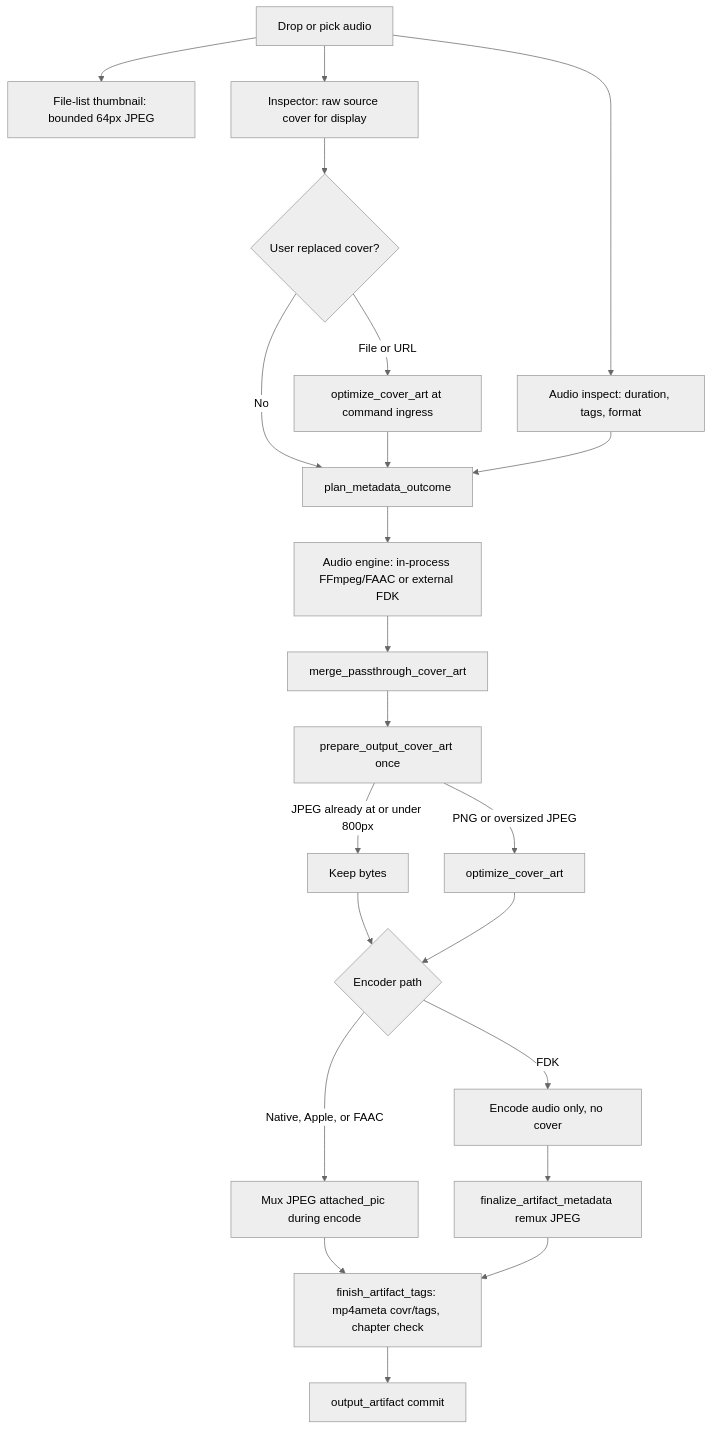
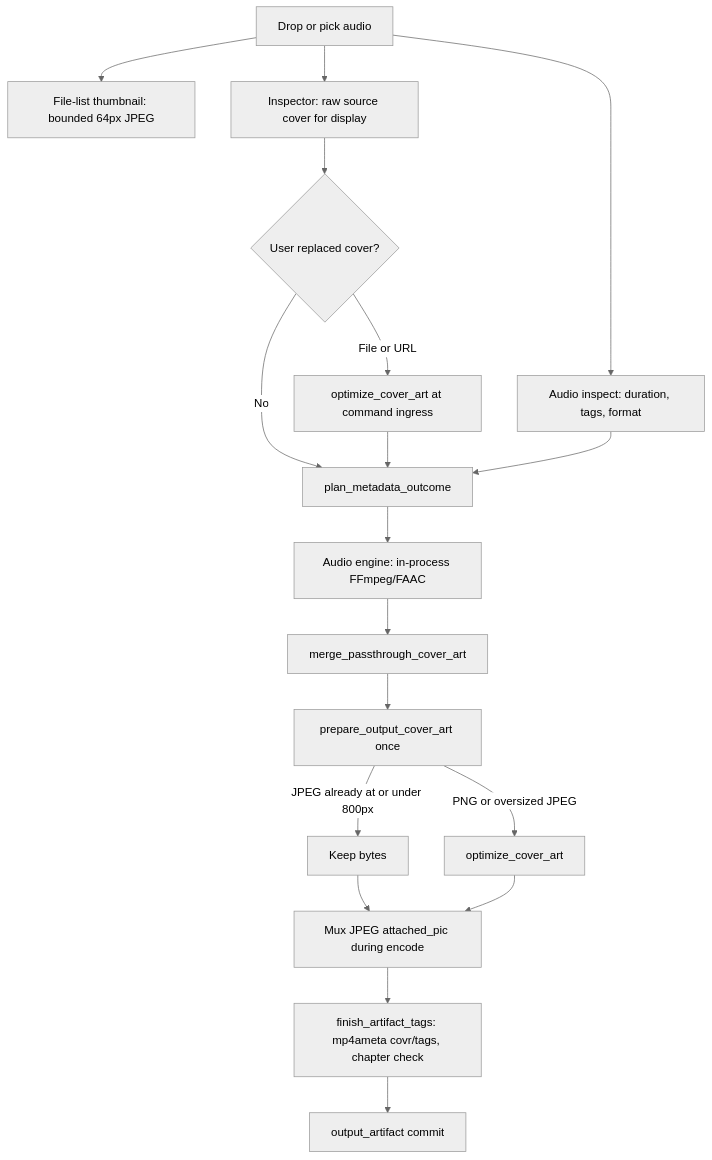
One commit to Allmight97/audiobook-boss changed the diagram in docs/cover-art-processing.md. Above: the diagram before and after it, drawn with Mermaid (neutral theme). The commit also changed 109 other files, not shown here.

First line of the commit message:
Remove the external FDK AAC encoder

````diff
--- a/docs/cover-art-processing.md
+++ b/docs/cover-art-processing.md
@@ -35,24 +35,20 @@
 ```mermaid
 flowchart TD
   drop[Drop or pick audio] --> inspect[Audio inspect: duration, tags, format]
   drop --> listThumb[File-list thumbnail: bounded 64px JPEG]
   drop --> hydrate[Inspector: raw source cover for display]
   hydrate --> intent{User replaced cover?}
   intent -->|File or URL| loadOpt[optimize_cover_art at command ingress]
   intent -->|No| plan[plan_metadata_outcome]
   loadOpt --> plan
   inspect --> plan
-  plan --> engine[Audio engine: in-process FFmpeg/FAAC or external FDK]
+  plan --> engine[Audio engine: in-process FFmpeg/FAAC]
   engine --> merge[merge_passthrough_cover_art]
   merge --> prep[prepare_output_cover_art once]
   prep -->|JPEG already at or under 800px| keep[Keep bytes]
   prep -->|PNG or oversized JPEG| jpeg[optimize_cover_art]
-  keep --> sinks{Encoder path}
-  jpeg --> sinks
-  sinks -->|Native, Apple, or FAAC| mux[Mux JPEG attached_pic during encode]
-  sinks -->|FDK| encode[Encode audio only, no cover]
-  encode --> remux[finalize_artifact_metadata remux JPEG]
+  keep --> mux[Mux JPEG attached_pic during encode]
+  jpeg --> mux
   mux --> mp4[finish_artifact_tags: mp4ameta covr/tags, chapter check]
-  remux --> mp4
   mp4 --> commit[output_artifact commit]
 ```
````
